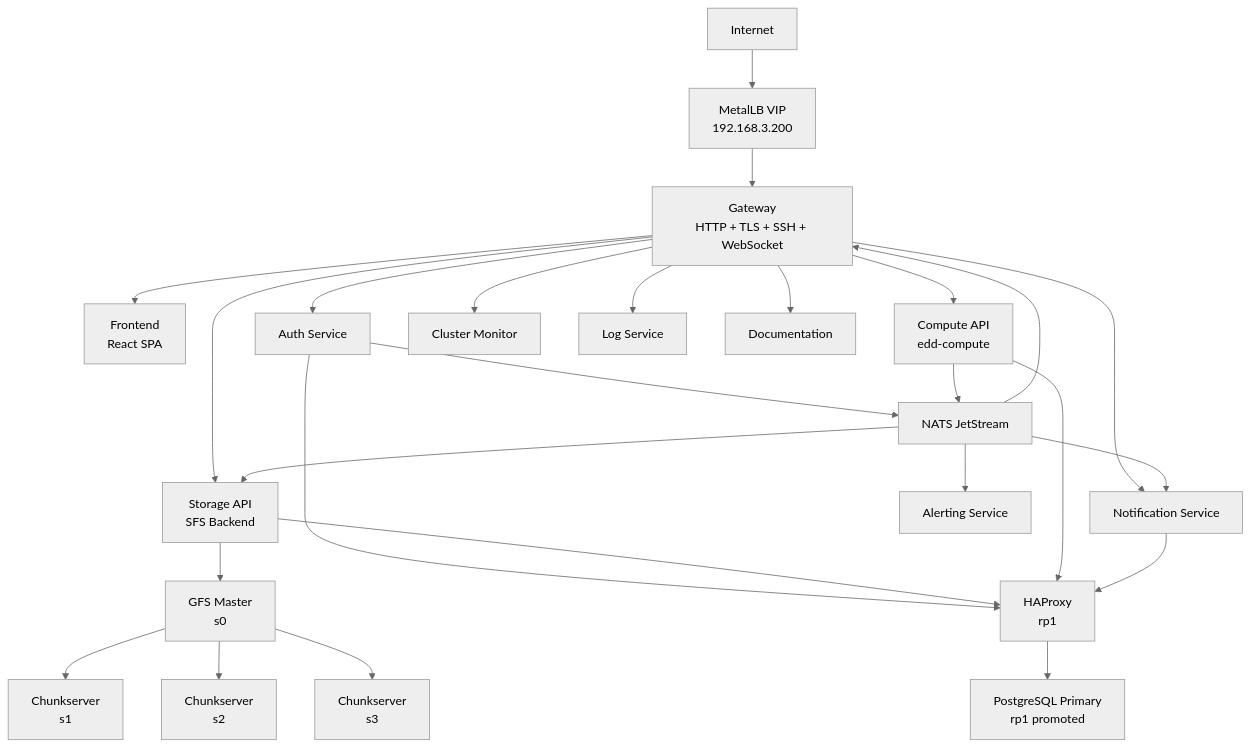
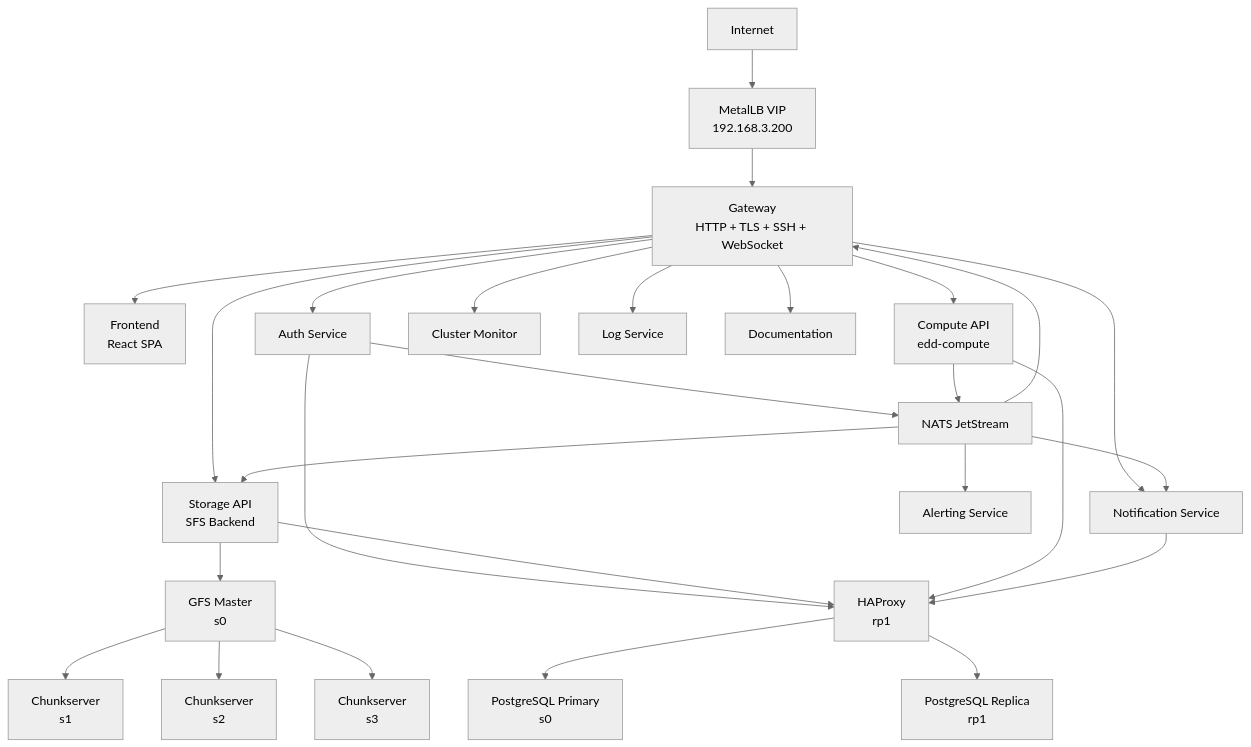
Before and after one commit to EddisonSo/cloud: the first of 2 diagrams in edd-cloud-docs/docs/architecture.md, drawn with Mermaid (neutral theme). The commit also changed other lines of this file and 4 other files, not shown here.

First line of the commit message:
refactor(postgres): restore s0 as primary with rp1 streaming replica

````diff
--- a/edd-cloud-docs/docs/architecture.md
+++ b/edd-cloud-docs/docs/architecture.md
@@ -11,34 +11,35 @@
 ```mermaid
 flowchart TB
     Internet[Internet]
 
     Internet --> MetalLB[MetalLB VIP<br/>192.168.3.200]
     MetalLB --> Gateway[Gateway<br/>HTTP + TLS + SSH + WebSocket]
 
     Gateway --> Frontend[Frontend<br/>React SPA]
     Gateway --> Auth[Auth Service]
     Gateway --> Storage[Storage API<br/>SFS Backend]
     Gateway --> Compute[Compute API<br/>edd-compute]
     Gateway --> Health[Cluster Monitor]
     Gateway --> Logs[Log Service]
     Gateway --> Notif[Notification Service]
     Gateway --> Docs[Documentation]
 
     Auth --> NATS[NATS JetStream]
     Compute --> NATS
     NATS --> Storage
     NATS --> Gateway
     NATS --> Notif
     NATS --> Alerting[Alerting Service]
 
     Storage --> GFSMaster[GFS Master<br/>s0]
     GFSMaster --> Chunk1[Chunkserver<br/>s1]
     GFSMaster --> Chunk2[Chunkserver<br/>s2]
     GFSMaster --> Chunk3[Chunkserver<br/>s3]
 
     Auth --> HAProxy[HAProxy<br/>rp1]
     Storage --> HAProxy
     Compute --> HAProxy
     Notif --> HAProxy
-    HAProxy --> PGPrimary[PostgreSQL Primary<br/>rp1 promoted]
+    HAProxy --> PGPrimary[PostgreSQL Primary<br/>s0]
+    HAProxy --> PGReplica[PostgreSQL Replica<br/>rp1]
 ```
````
